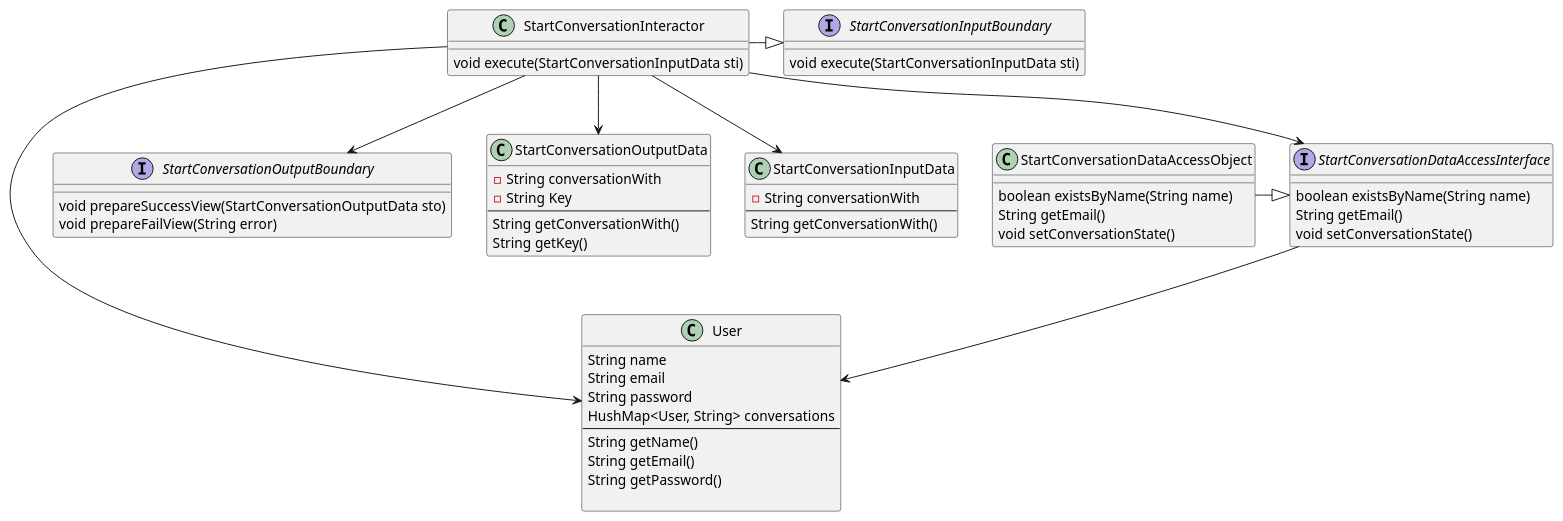
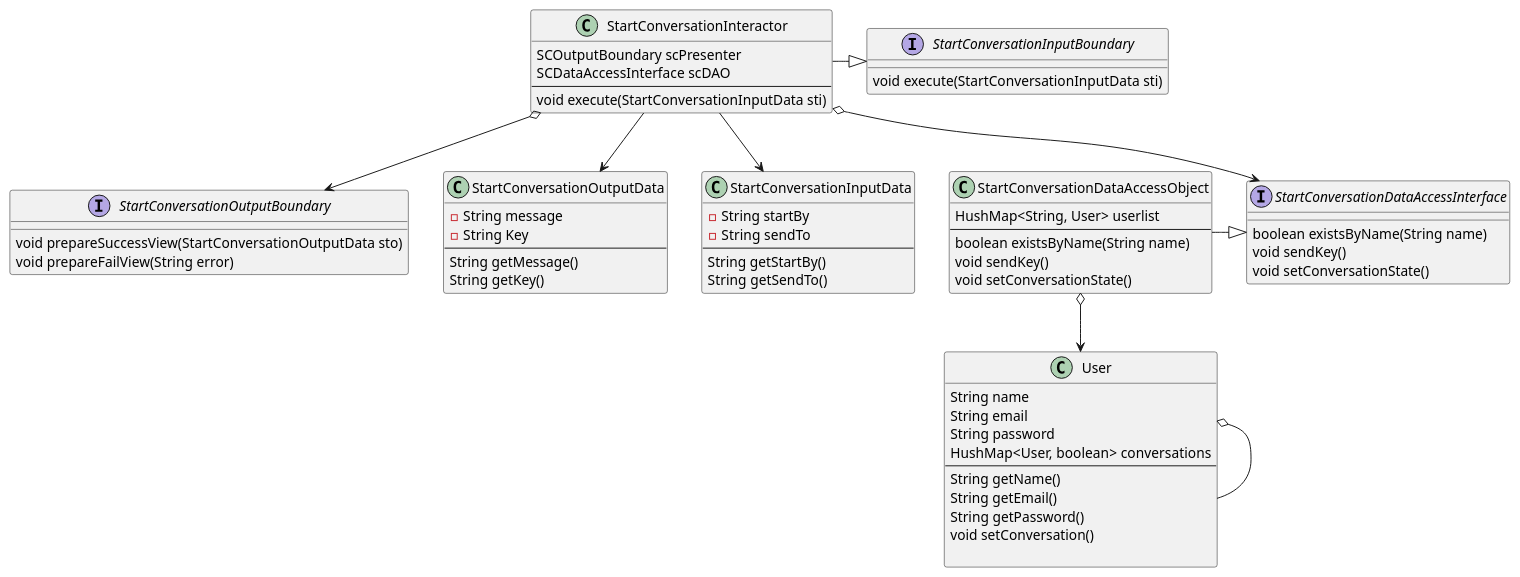
One commit to ngksyh/CSC207Project changed the diagram in references/StartConversationUseCase.puml. Above: the diagram before and after it, drawn with PlantUML. The commit also changed 2 other files, not shown here.

Commit message:
added uml diagrams for SCUseCase

```diff
--- a/references/StartConversationUseCase.puml
+++ b/references/StartConversationUseCase.puml
@@ -1,88 +1,96 @@
 @startuml
 'https://plantuml.com/class-diagram
 
 class User
 
 class StartConversationDataAccessObject
 
 
 interface StartConversationDataAccessInterface
 interface StartConversationInputBoundary
 interface StartConversationOutputBoundary
 class StartConversationOutputData
 class StartConversationInputData
 class StartConversationInteractor
 
 
 
 
 StartConversationInteractor -|> StartConversationInputBoundary
 StartConversationDataAccessObject -|> StartConversationDataAccessInterface
 
-StartConversationInteractor --> StartConversationOutputBoundary
+StartConversationInteractor o--> StartConversationOutputBoundary
 StartConversationInteractor --> StartConversationInputData
 StartConversationInteractor --> StartConversationOutputData
-StartConversationInteractor --> StartConversationDataAccessInterface
+StartConversationInteractor o--> StartConversationDataAccessInterface
 
 
-StartConversationInteractor --> User
-StartConversationDataAccessInterface --> User
+StartConversationDataAccessObject o--> User
 
 
 Interface StartConversationDataAccessInterface{
 boolean existsByName(String name)
-String getEmail()
+void sendKey()
 void setConversationState()
 }
 
 class StartConversationDataAccessObject{
+HushMap<String, User> userlist
+---
 boolean existsByName(String name)
-String getEmail()
+void sendKey()
 void setConversationState()
 }
 
 Interface StartConversationInputBoundary{
 void execute(StartConversationInputData sti)
 }
 
 class StartConversationInteractor{
+SCOutputBoundary scPresenter
+SCDataAccessInterface scDAO
+---
 void execute(StartConversationInputData sti)
 }
 
 Interface StartConversationOutputBoundary{
 void prepareSuccessView(StartConversationOutputData sto)
 void prepareFailView(String error)
 }
 
 class StartConversationInputData{
--String conversationWith
+-String startBy
+-String sendTo
 ---
-String getConversationWith()
+String getStartBy()
+String getSendTo()
 }
 
 class StartConversationOutputData{
--String conversationWith
+-String message
 -String Key
 ---
-String getConversationWith()
+String getMessage()
 String getKey()
 }
 
 
+User o-- User
 
 class User {
 String name
 String email
 String password
-HushMap<User, String> conversations
+HushMap<User, boolean> conversations
 ---
 String getName()
 String getEmail()
 String getPassword()
+void setConversation()
 
 }
 
 
 
 
 @enduml
```
